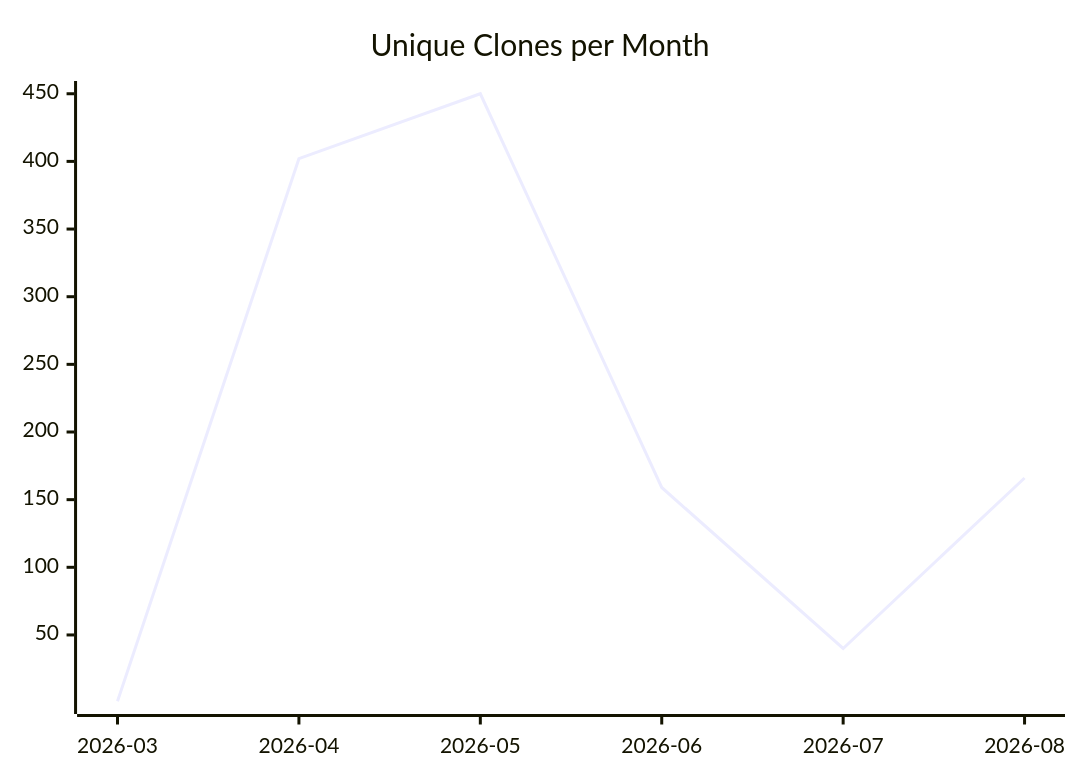
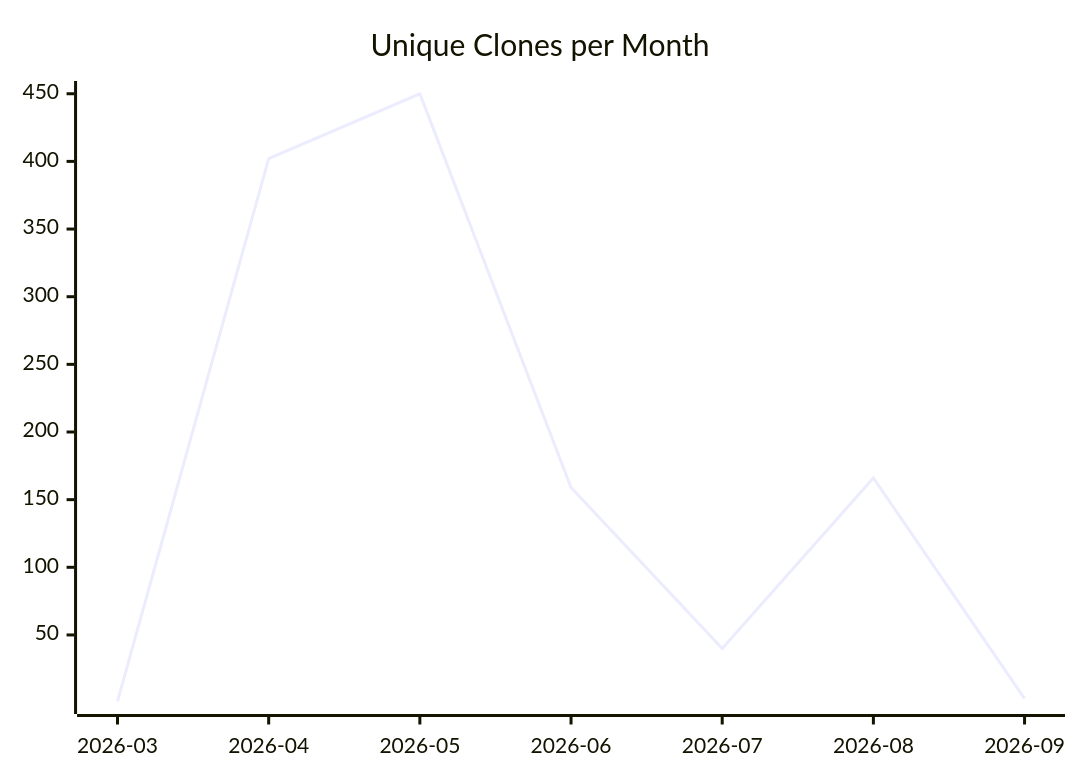
One commit to justdavis-family/github-analytics-data changed the third of 3 diagrams in justdavis-family/justdavis/README.md. Above: the diagram before and after it, drawn with Mermaid. The commit also changed other lines of this file and 191 other files, not shown here.

````diff
--- a/justdavis-family/justdavis/README.md
+++ b/justdavis-family/justdavis/README.md
@@ -19,6 +19,6 @@
 ```mermaid
 xychart-beta
   title "Unique Clones per Month"
-  x-axis ["2026-03", "2026-04", "2026-05", "2026-06", "2026-07", "2026-08"]
-  line [1, 402, 450, 159, 40, 166]
+  x-axis ["2026-03", "2026-04", "2026-05", "2026-06", "2026-07", "2026-08", "2026-09"]
+  line [1, 402, 450, 159, 40, 166, 3]
 ```
````
